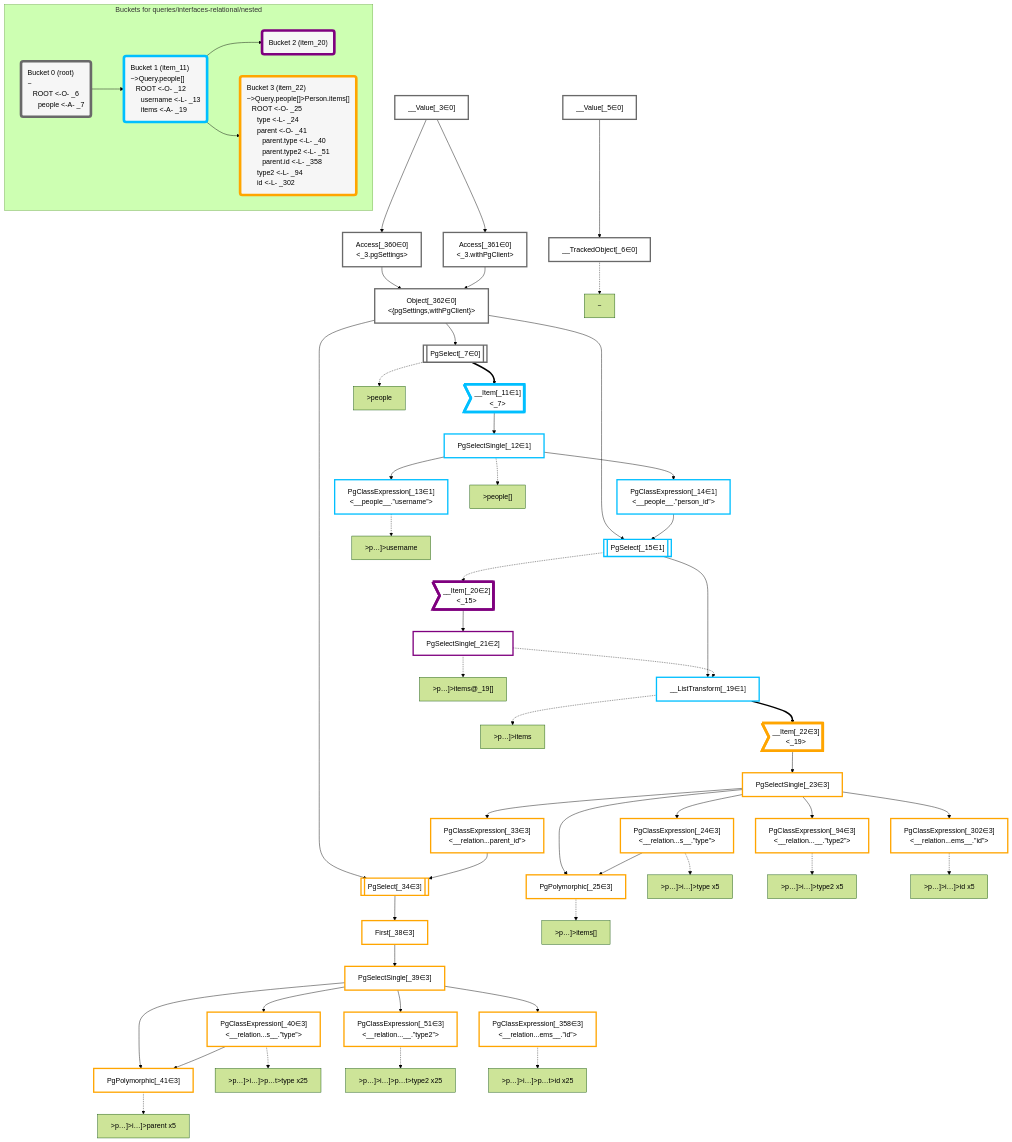
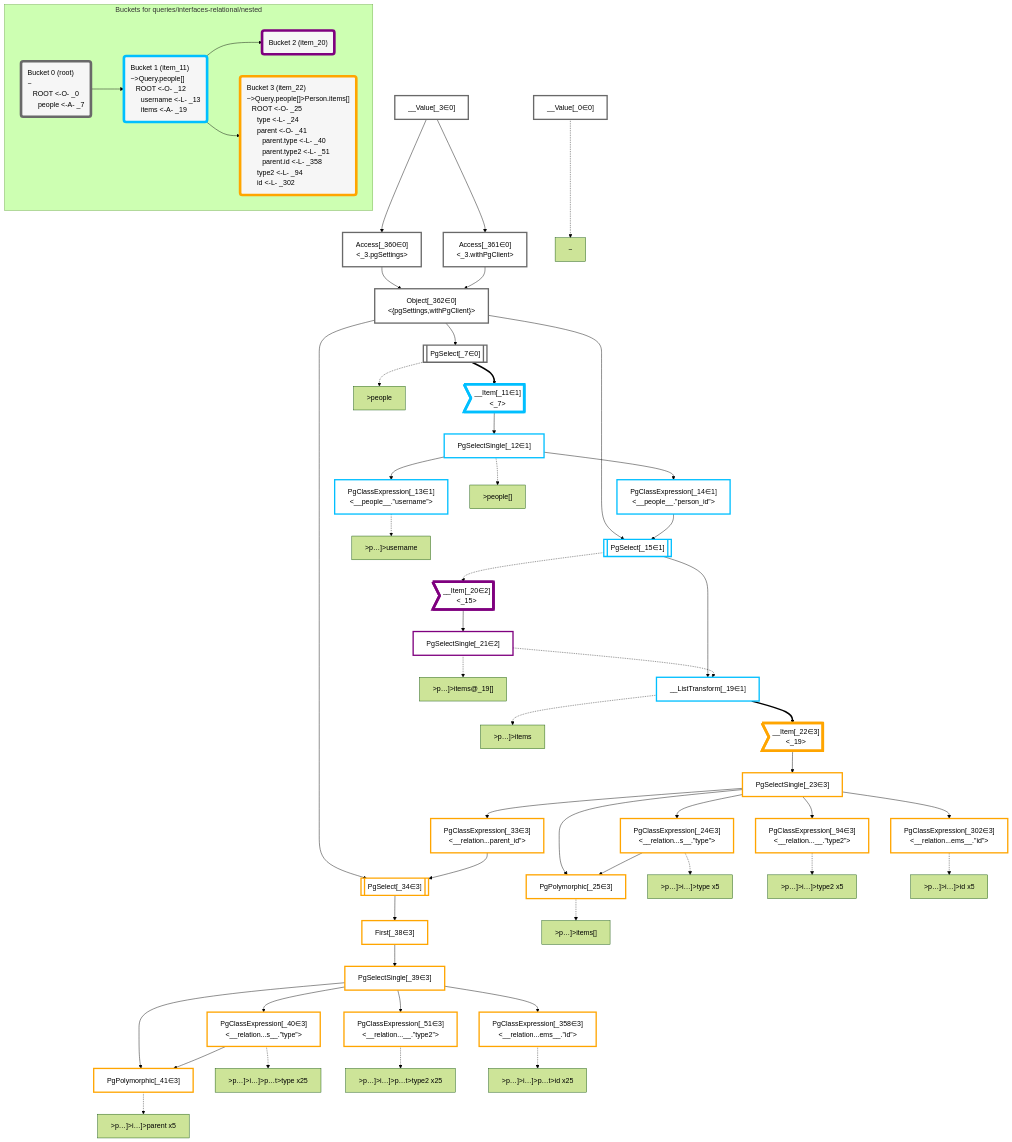
Before and after one commit to graphile/crystal: the diagram in packages/dataplan-pg/__tests__/queries/interfaces-relational/nested.deopt.mermaid.md, drawn with Mermaid (forest theme). The commit also changed 193 other files, not shown here.

Commit message:
Update test plan snapshots with new root plan

```diff
--- a/packages/dataplan-pg/__tests__/queries/interfaces-relational/nested.deopt.mermaid.md
+++ b/packages/dataplan-pg/__tests__/queries/interfaces-relational/nested.deopt.mermaid.md
@@ -8,9 +8,8 @@
 
 
     %% define plans
+    __Value_0["__Value[_0∈0]"]:::plan
     __Value_3["__Value[_3∈0]<br /><context>"]:::plan
-    __Value_5["__Value[_5∈0]<br /><rootValue>"]:::plan
-    __TrackedObject_6["__TrackedObject[_6∈0]"]:::plan
     PgSelect_7[["PgSelect[_7∈0]<br /><people>"]]:::plan
     __Item_11>"__Item[_11∈1]<br /><_7>"]:::itemplan
     PgSelectSingle_12["PgSelectSingle[_12∈1]<br /><people>"]:::plan
@@ -39,7 +38,6 @@
     Object_362["Object[_362∈0]<br /><{pgSettings,withPgClient}>"]:::plan
 
     %% plan dependencies
-    __Value_5 --> __TrackedObject_6
     Object_362 --> PgSelect_7
     PgSelect_7 ==> __Item_11
     __Item_11 --> PgSelectSingle_12
@@ -74,8 +72,8 @@
     Access_361 --> Object_362
 
     %% plan-to-path relationships
-    P_6["~"]
-    __TrackedObject_6 -.-> P_6
+    P_0["~"]
+    __Value_0 -.-> P_0
     P_7[">people"]
     PgSelect_7 -.-> P_7
     P_12[">people[]"]
@@ -105,7 +103,7 @@
 
     %% allocate buckets
     classDef bucket0 stroke:#696969
-    class __Value_3,__Value_5,__TrackedObject_6,PgSelect_7,Access_360,Access_361,Object_362 bucket0
+    class __Value_0,__Value_3,PgSelect_7,Access_360,Access_361,Object_362 bucket0
     classDef bucket1 stroke:#00bfff
     class __Item_11,PgSelectSingle_12,PgClassExpression_13,PgClassExpression_14,PgSelect_15,__ListTransform_19 bucket1
     classDef bucket2 stroke:#7f007f
@@ -114,7 +112,7 @@
     class __Item_22,PgSelectSingle_23,PgClassExpression_24,PgPolymorphic_25,PgClassExpression_33,PgSelect_34,First_38,PgSelectSingle_39,PgClassExpression_40,PgPolymorphic_41,PgClassExpression_51,PgClassExpression_94,PgClassExpression_302,PgClassExpression_358 bucket3
 
     subgraph "Buckets for queries/interfaces-relational/nested"
-    Bucket0("Bucket 0 (root)<br />~<br />⠀ROOT <-O- _6<br />⠀⠀people <-A- _7"):::bucket
+    Bucket0("Bucket 0 (root)<br />~<br />⠀ROOT <-O- _0<br />⠀⠀people <-A- _7"):::bucket
     style Bucket0 stroke:#696969
     Bucket1("Bucket 1 (item_11)<br />~>Query.people[]<br />⠀ROOT <-O- _12<br />⠀⠀username <-L- _13<br />⠀⠀items <-A- _19"):::bucket
     style Bucket1 stroke:#00bfff
```
